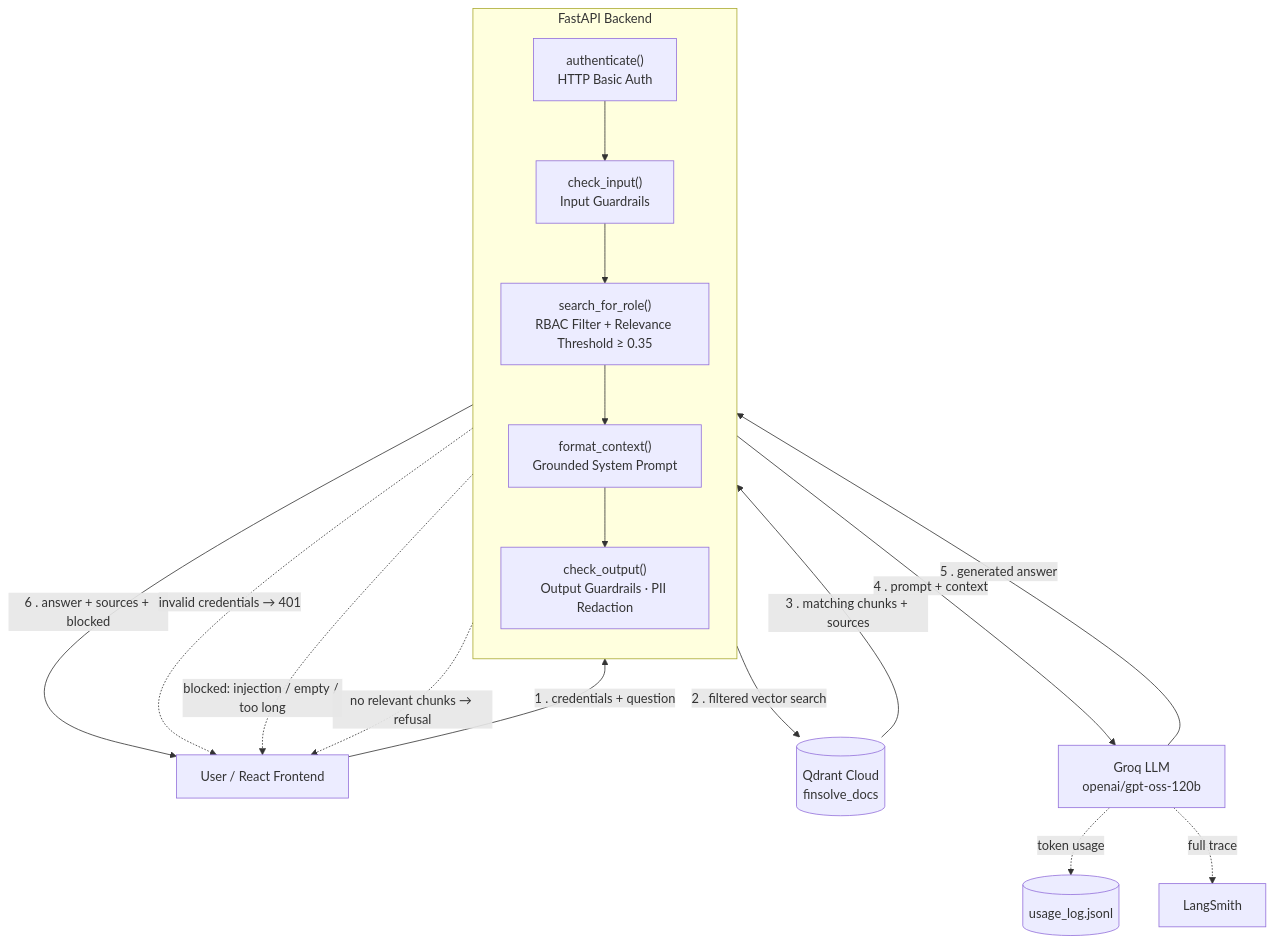
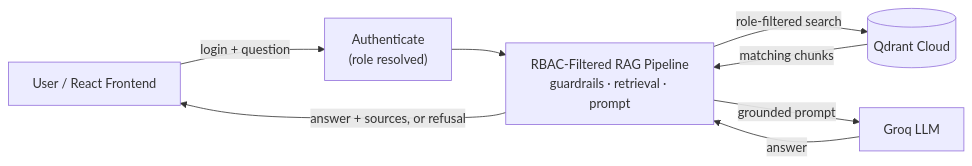
The diagram in README.md (Sathwika-2k3/rag-rbac-fintech), drawn with Mermaid before and after one commit.

Commit message:
Simplified architecture for a clean high-level flow

````diff
--- a/README.md
+++ b/README.md
@@ -18,34 +18,10 @@
 ```mermaid
-flowchart TD
-    U["User / React Frontend"]
-
-    subgraph API["FastAPI Backend"]
-        direction TB
-        AUTH["authenticate()\nHTTP Basic Auth"]
-        GIN["check_input()\nInput Guardrails"]
-        RBAC["search_for_role()\nRBAC Filter + Relevance Threshold ≥ 0.35"]
-        PROMPT["format_context()\nGrounded System Prompt"]
-        GOUT["check_output()\nOutput Guardrails · PII Redaction"]
-
-        AUTH --> GIN --> RBAC --> PROMPT --> GOUT
-    end
-
-    QDRANT[("Qdrant Cloud\nfinsolve_docs")]
-    LLM["Groq LLM\nopenai/gpt-oss-120b"]
-    LOG[("usage_log.jsonl")]
-    LS["LangSmith"]
-
-    U -->|"1 . credentials + question"| AUTH
-    RBAC -->|"2 . filtered vector search"| QDRANT
-    QDRANT -->|"3 . matching chunks + sources"| RBAC
-    PROMPT -->|"4 . prompt + context"| LLM
-    LLM -->|"5 . generated answer"| GOUT
-    GOUT -->|"6 . answer + sources + blocked"| U
-
-    LLM -.->|"token usage"| LOG
-    LLM -.->|"full trace"| LS
-
-    AUTH -.->|"invalid credentials → 401"| U
-    GIN -.->|"blocked: injection / empty / too long"| U
-    RBAC -.->|"no relevant chunks → refusal"| U
+flowchart LR
+    U["User / React Frontend"] -->|"login + question"| AUTH["Authenticate\n(role resolved)"]
+    AUTH --> RAG["RBAC-Filtered RAG Pipeline\nguardrails · retrieval · prompt"]
+    RAG -->|"role-filtered search"| QDRANT[("Qdrant Cloud")]
+    QDRANT -->|"matching chunks"| RAG
+    RAG -->|"grounded prompt"| LLM["Groq LLM"]
+    LLM -->|"answer"| RAG
+    RAG -->|"answer + sources, or refusal"| U
 ```
````
